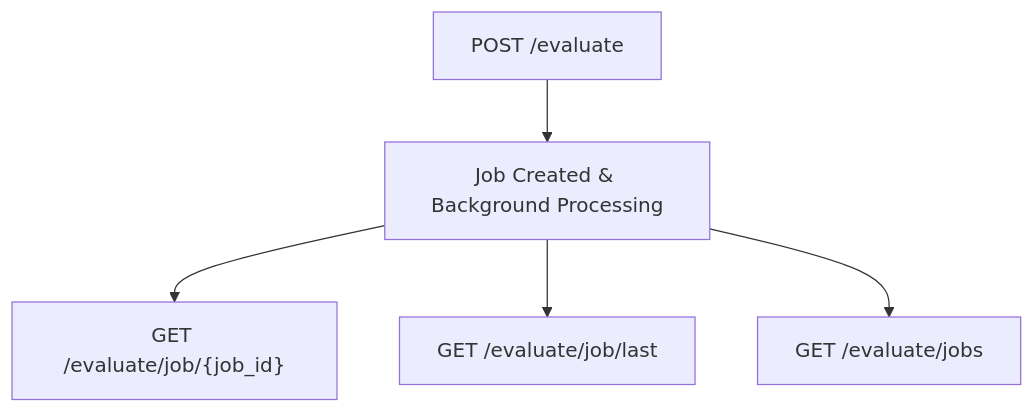
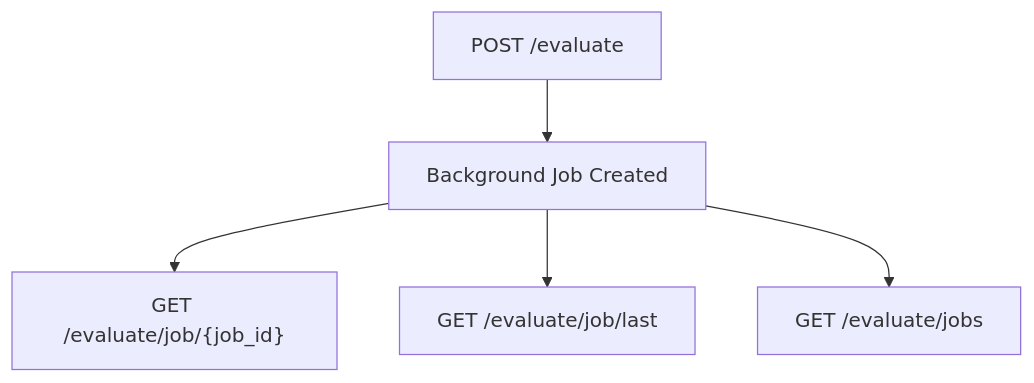
One commit to NVIDIA/NeMo-Agent-Toolkit changed the diagram in docs/source/guides/evaluate_api.md. Above: the diagram before and after it, drawn with Mermaid.

Commit message:
Reduce label size

````diff
--- a/docs/source/guides/evaluate_api.md
+++ b/docs/source/guides/evaluate_api.md
@@ -22,7 +22,7 @@
 ```mermaid
 graph TD
-  A["POST /evaluate"] --> B["Job Created & Background Processing"]
+  A["POST /evaluate"] --> B["Background Job Created"]
   B --> C["GET /evaluate/job/{job_id}"]
   B --> D["GET /evaluate/job/last"]
   B --> E["GET /evaluate/jobs"]
 ```
````
